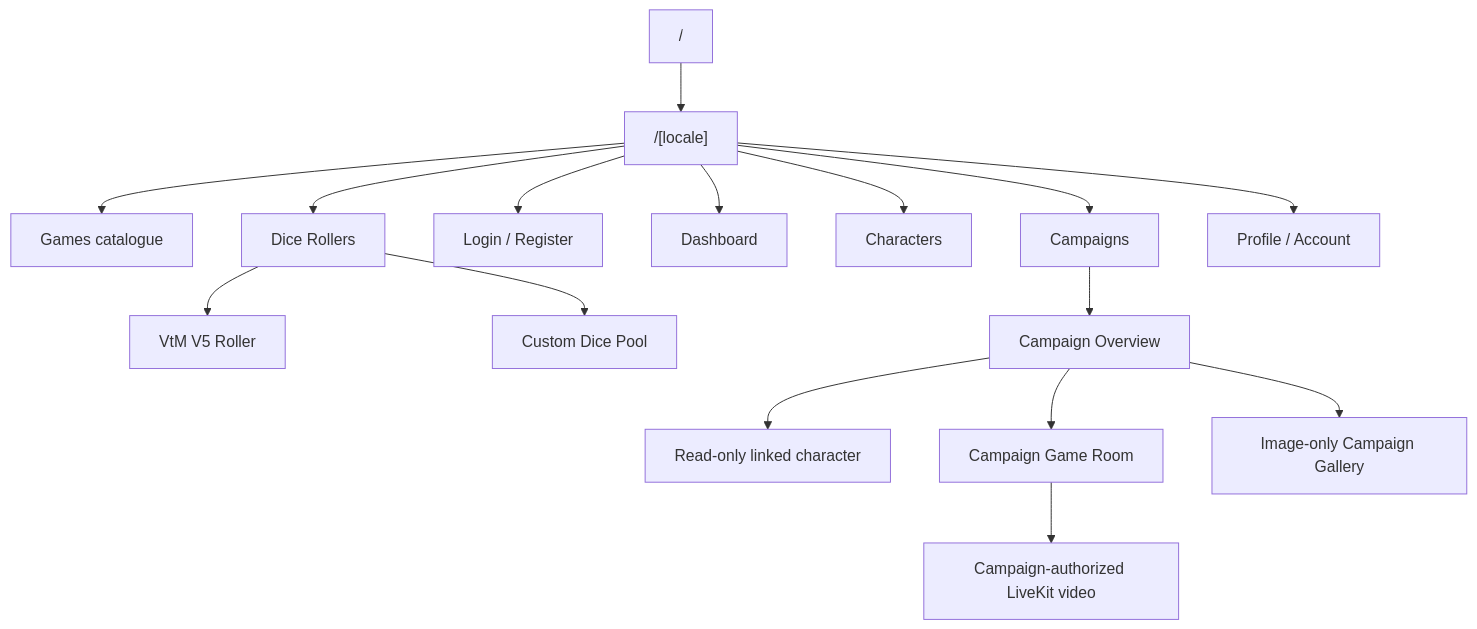
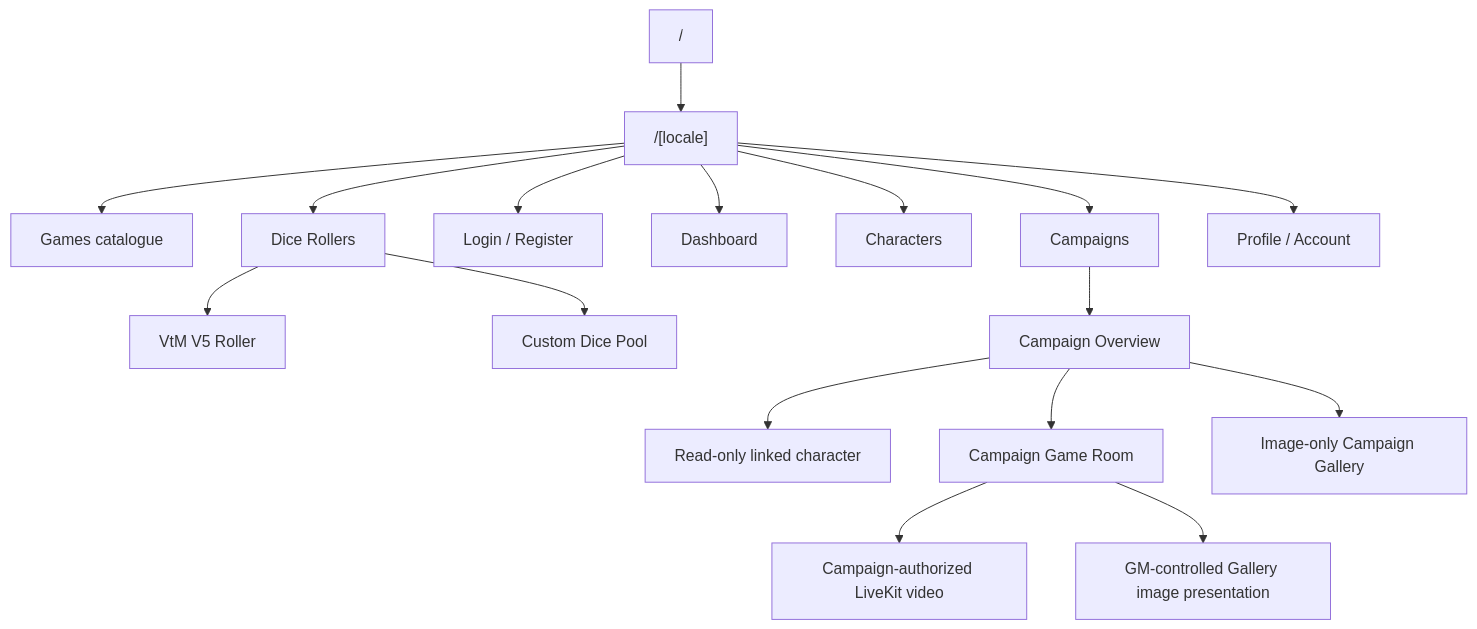
Before and after one commit to Andrey-0101/ttrpg-website: the first of 2 diagrams in docs/product/SITE_MAP.md, drawn with Mermaid. The commit also changed other lines of this file and 13 other files, not shown here.

````diff
--- a/docs/product/SITE_MAP.md
+++ b/docs/product/SITE_MAP.md
@@ -9,18 +9,19 @@
 ```mermaid
 flowchart TD
     ROOT["/"] --> LOCALE["/[locale]"]
     LOCALE --> GAMES["Games catalogue"]
     LOCALE --> DICE["Dice Rollers"]
     LOCALE --> AUTH["Login / Register"]
     LOCALE --> DASHBOARD["Dashboard"]
     LOCALE --> CHARACTERS["Characters"]
     LOCALE --> CAMPAIGNS["Campaigns"]
     LOCALE --> PROFILE["Profile / Account"]
     DICE --> VTM_DICE["VtM V5 Roller"]
     DICE --> CUSTOM_DICE["Custom Dice Pool"]
     CAMPAIGNS --> CAMPAIGN["Campaign Overview"]
     CAMPAIGN --> SHARED_CHARACTER["Read-only linked character"]
     CAMPAIGN --> GAME_ROOM["Campaign Game Room"]
     CAMPAIGN --> GALLERY["Image-only Campaign Gallery"]
     GAME_ROOM --> VIDEO["Campaign-authorized LiveKit video"]
+    GAME_ROOM --> DISPLAY["GM-controlled Gallery image presentation"]
 ```
````
